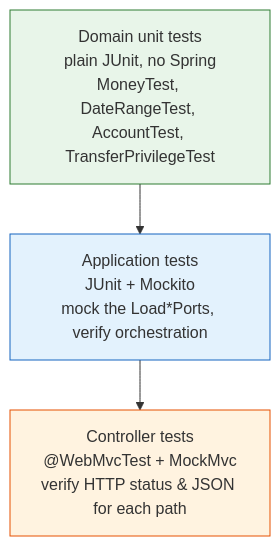
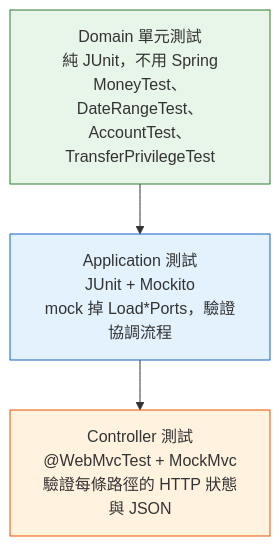
The sixth of 6 diagrams in README.md (ChunPingWang/spring-boot-ddd-hexagonal-cqrs-tutorial), drawn with Mermaid before and after one commit. The commit also changed other lines of this file, not shown here.

````diff
--- a/README.md
+++ b/README.md
@@ -465,10 +451,10 @@
 ```mermaid
 flowchart TB
-    D["Domain unit tests<br/>plain JUnit, no Spring<br/>MoneyTest, DateRangeTest, AccountTest, TransferPrivilegeTest"]
-    A["Application tests<br/>JUnit + Mockito<br/>mock the Load*Ports, verify orchestration"]
-    W["Controller tests<br/>@WebMvcTest + MockMvc<br/>verify HTTP status & JSON for each path"]
+    D["Domain 單元測試<br/>純 JUnit，不用 Spring<br/>MoneyTest、DateRangeTest、AccountTest、TransferPrivilegeTest"]
+    A["Application 測試<br/>JUnit + Mockito<br/>mock 掉 Load*Ports，驗證協調流程"]
+    W["Controller 測試<br/>@WebMvcTest + MockMvc<br/>驗證每條路徑的 HTTP 狀態與 JSON"]
     D --> A --> W
     style D fill:#e8f5e9,stroke:#2e7d32
     style A fill:#e3f2fd,stroke:#1565c0
     style W fill:#fff3e0,stroke:#e65100
 ```
````
